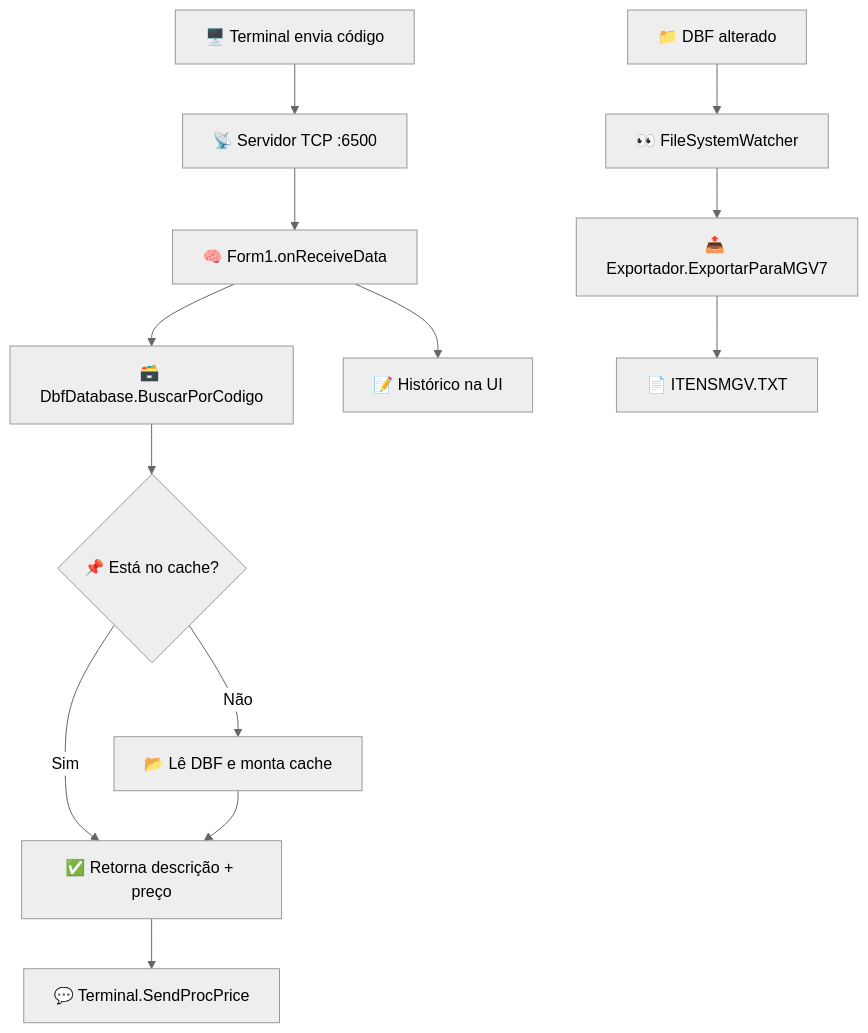
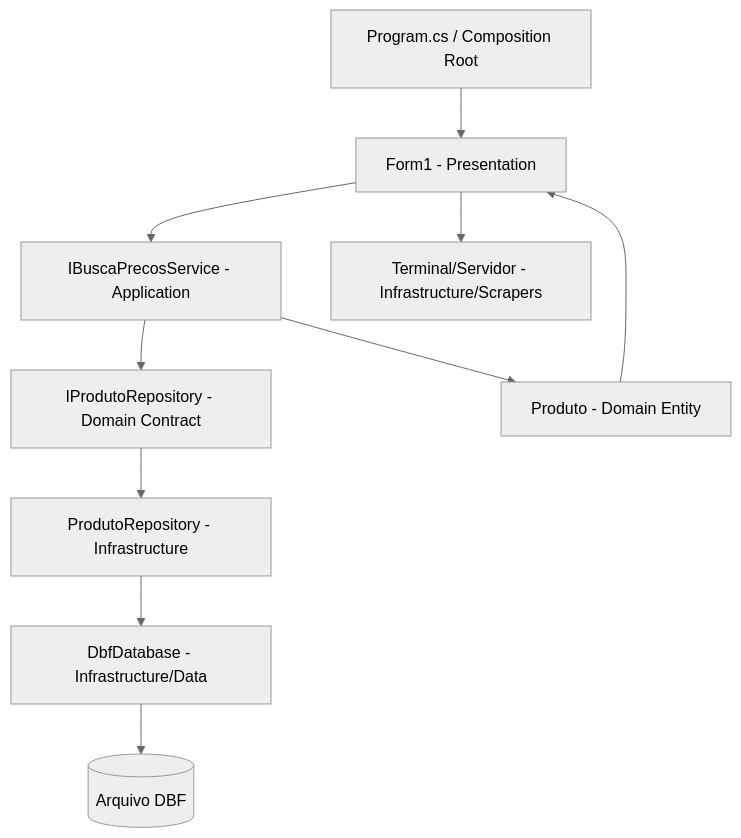
One commit to saulooliveira/mpm-app-busca-preco changed the diagram in README.md. Above: the diagram before and after it, drawn with Mermaid (neutral theme). The commit also changed other lines of this file and 23 other files, not shown here.

Commit message:
refactor: reorganize BuscaPreco into clean architecture layout

````diff
--- a/README.md
+++ b/README.md
@@ -50,16 +59,12 @@
 ```mermaid
 flowchart TD
-    A[🖥️ Terminal envia código] --> B[📡 Servidor TCP :6500]
-    B --> C[🧠 Form1.onReceiveData]
-    C --> D[🗃️ DbfDatabase.BuscarPorCodigo]
-    D --> E{📌 Está no cache?}
-    E -- Sim --> F[✅ Retorna descrição + preço]
-    E -- Não --> G[📂 Lê DBF e monta cache]
-    G --> F
-    F --> H[💬 Terminal.SendProcPrice]
-    C --> I[📝 Histórico na UI]
-
-    J[📁 DBF alterado] --> K[👀 FileSystemWatcher]
-    K --> L[📤 Exportador.ExportarParaMGV7]
-    L --> M[📄 ITENSMGV.TXT]
+    A[Program.cs / Composition Root] --> B[Form1 - Presentation]
+    B --> C[IBuscaPrecosService - Application]
+    C --> D[IProdutoRepository - Domain Contract]
+    D --> E[ProdutoRepository - Infrastructure]
+    E --> F[DbfDatabase - Infrastructure/Data]
+    F --> G[(Arquivo DBF)]
+    C --> H[Produto - Domain Entity]
+    H --> B
+    B --> I[Terminal/Servidor - Infrastructure/Scrapers]
 ```
````
